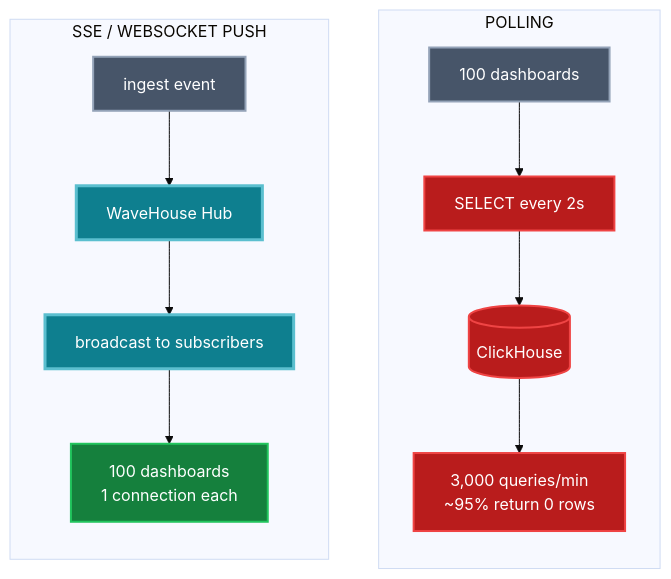
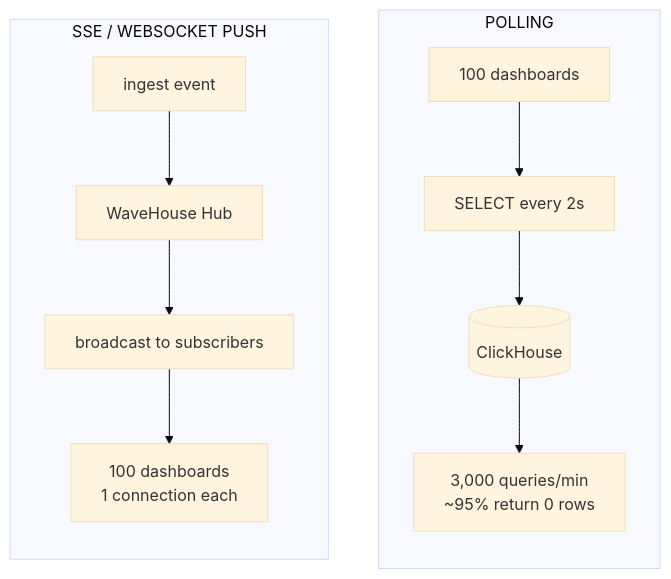
One commit to Wave-RF/WaveHouse changed the second of 7 diagrams in docs/src/content/docs/why-wavehouse.md. Above: the diagram before and after it, drawn with Mermaid (base theme). The commit also changed other lines of this file and 7 other files, not shown here.

Commit message:
prettier mermaid diagrams

````diff
--- a/docs/src/content/docs/why-wavehouse.md
+++ b/docs/src/content/docs/why-wavehouse.md
@@ -70,23 +64,18 @@
 ```mermaid
 flowchart TB
-    classDef pain fill:#b91c1c,stroke:#ef4444,color:#fff,stroke-width:2px
-    classDef win fill:#15803d,stroke:#22c55e,color:#fff,stroke-width:2px
-    classDef wh fill:#0e7f8f,stroke:#5bbfcf,color:#fff,stroke-width:3px
-    classDef neutral fill:#475569,stroke:#94a3b8,color:#fff,stroke-width:2px
-
     subgraph poll["POLLING"]
         direction TB
         D1["100 dashboards"]:::neutral
         D1 --> Q["SELECT every 2s"]:::pain
         Q --> CH1[("ClickHouse")]:::pain
         CH1 --> LOAD["3,000 queries/min<br/>~95% return 0 rows"]:::pain
     end
 
     subgraph push["SSE / WEBSOCKET PUSH"]
         direction TB
         E["ingest event"]:::neutral
         E --> HUB["WaveHouse Hub"]:::wh
         HUB --> STREAM["broadcast to subscribers"]:::wh
         STREAM --> D2["100 dashboards<br/>1 connection each"]:::win
     end
 ```
````
